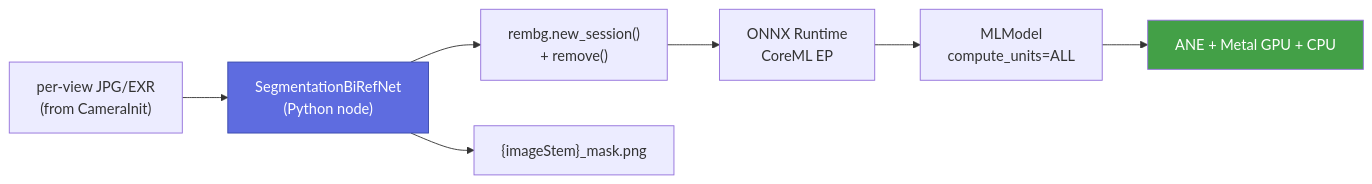
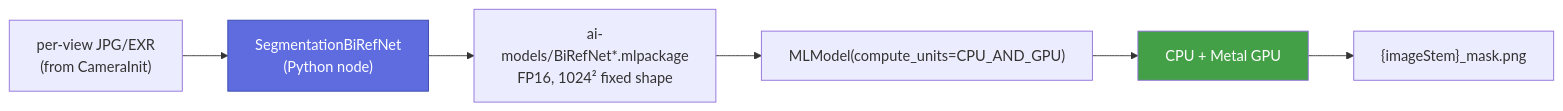
The first of 2 diagrams in docs/dev/segmentation-pipeline.md (SeedeXR/alicevision-for-mac), drawn with Mermaid before and after one commit. The commit also changed other lines of this file and 32 other files, not shown here.

````diff
--- a/docs/dev/segmentation-pipeline.md
+++ b/docs/dev/segmentation-pipeline.md
@@ -26,16 +14,14 @@
 ```mermaid
 flowchart LR
     IMG["per-view JPG/EXR<br/>(from CameraInit)"]
     NODE["SegmentationBiRefNet<br/>(Python node)"]
-    RB["rembg.new_session()<br/>+ remove()"]
-    ORT["ONNX Runtime<br/>CoreML EP"]
-    CML["MLModel<br/>compute_units=ALL"]
-    HW["ANE + Metal GPU + CPU"]
+    MLP["ai-models/BiRefNet*.mlpackage<br/>FP16, 1024² fixed shape"]
+    ML["MLModel(compute_units=CPU_AND_GPU)"]
+    HW["CPU + Metal GPU"]
     OUT["{imageStem}_mask.png"]
 
-    IMG --> NODE --> RB --> ORT --> CML --> HW
-    NODE --> OUT
+    IMG --> NODE --> MLP --> ML --> HW --> OUT
 
     style NODE fill:#5e6ce0,stroke:#3949ab,color:#fff
     style HW fill:#43a047,color:#fff
 ```
````
